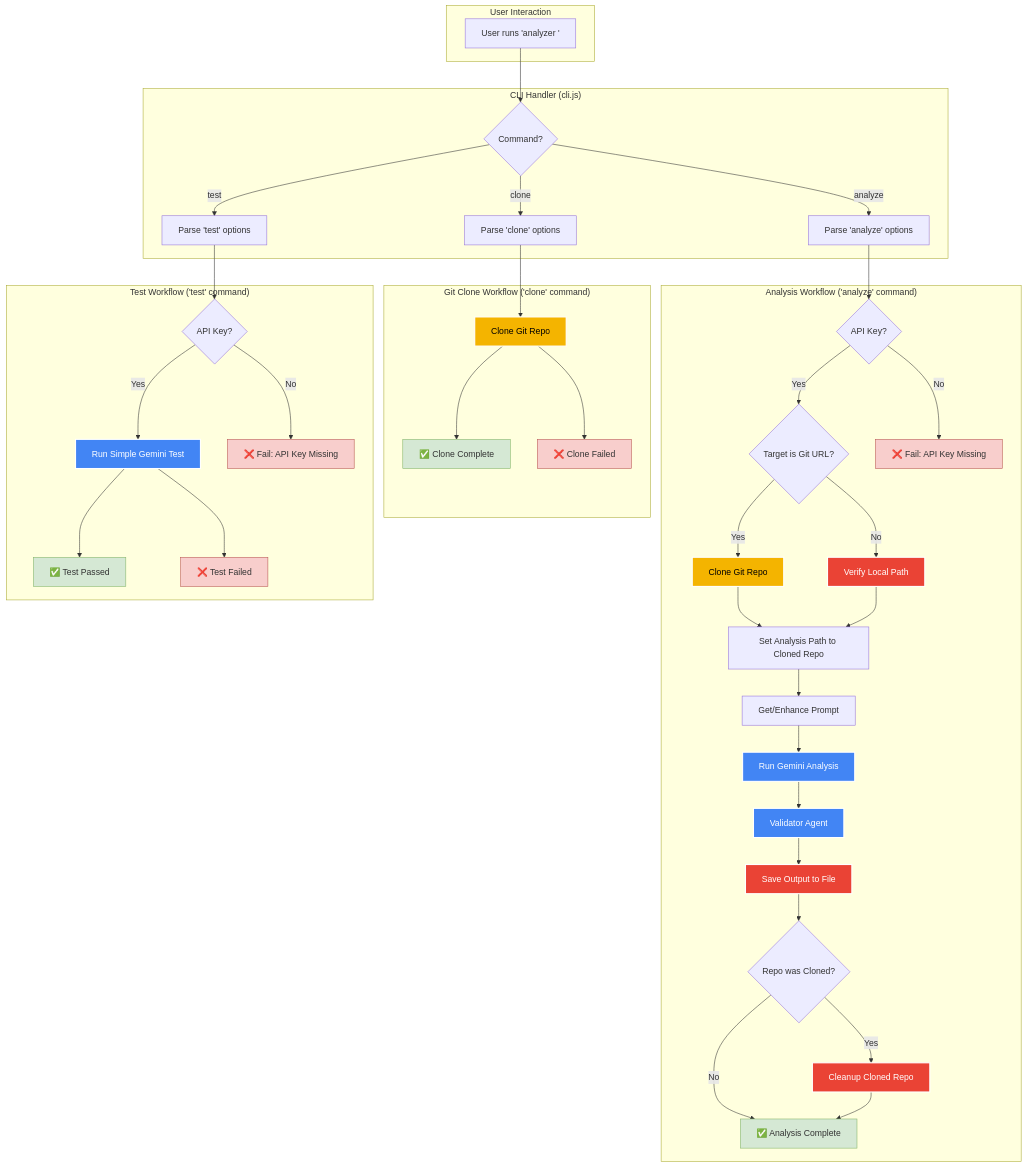
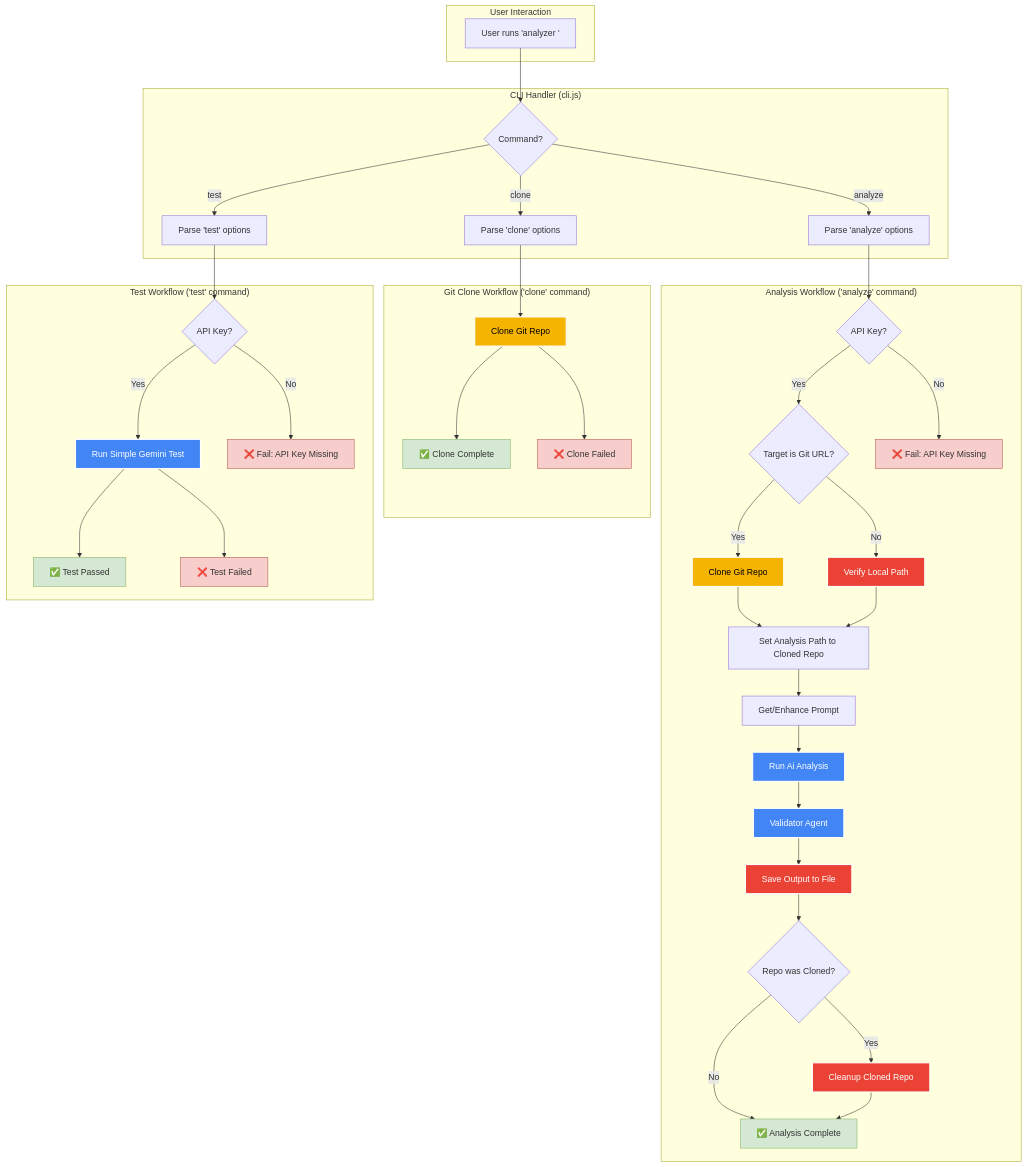
The diagram in agentic-test.md (raghu-reddy-rs/ai-diagram-generator), drawn with Mermaid before and after one commit. The commit also changed 154 other files, not shown here.

````diff
--- a/agentic-test.md
+++ b/agentic-test.md
@@ -16,62 +16,62 @@
 ```mermaid
 flowchart TD
     subgraph "User Interaction"
         A[User runs 'analyzer <command>']
     end
 
     subgraph "CLI Handler (cli.js)"
         B{Command?}
         A --> B
 
         B -- analyze --> C[Parse 'analyze' options]
         B -- clone --> D[Parse 'clone' options]
         B -- test --> E[Parse 'test' options]
     end
 
     subgraph "Analysis Workflow ('analyze' command)"
         C --> F{API Key?}
         F -- Yes --> G{Target is Git URL?}
         F -- No --> F_Fail[❌ Fail: API Key Missing]
 
         G -- Yes --> H[Clone Git Repo]
         G -- No --> I[Verify Local Path]
         H --> J[Set Analysis Path to Cloned Repo]
         I --> J
 
         J --> K[Get/Enhance Prompt]
-        K --> L[Run Gemini Analysis]
+        K --> L[Run Ai Analysis]
         L --> M[Validator Agent]
         M --> N[Save Output to File]
         N --> O{Repo was Cloned?}
         O -- Yes --> P[Cleanup Cloned Repo]
         O -- No --> Q[✅ Analysis Complete]
         P --> Q
     end
 
     subgraph "Git Clone Workflow ('clone' command)"
         D --> R[Clone Git Repo]
         R --> S[✅ Clone Complete]
         R --> S_Fail[❌ Clone Failed]
     end
 
     subgraph "Test Workflow ('test' command)"
         E --> T{API Key?}
         T -- Yes --> U[Run Simple Gemini Test]
         T -- No --> T_Fail[❌ Fail: API Key Missing]
         U --> V[✅ Test Passed]
         U --> V_Fail[❌ Test Failed]
     end
 
     %% Styling
     classDef success fill:#D5E8D4,stroke:#82B366
     classDef failure fill:#F8CECC,stroke:#B85450
     classDef gemini fill:#4285F4,stroke:#fff,stroke-width:2px,color:#fff
     classDef git fill:#F4B400,stroke:#fff,stroke-width:2px,color:#000
     classDef fs fill:#EA4335,stroke:#fff,stroke-width:2px,color:#fff
 
     class Q,S,V success
     class F_Fail,S_Fail,T_Fail,V_Fail failure
     class L,M,U gemini
     class H,R git
     class I,N,P fs
 ```
````
